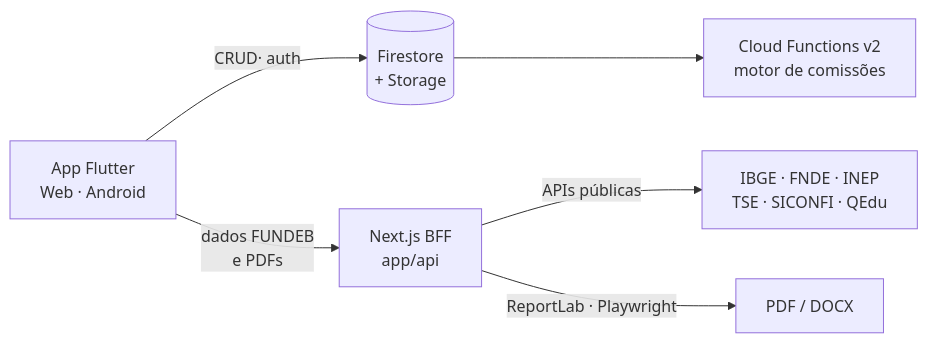
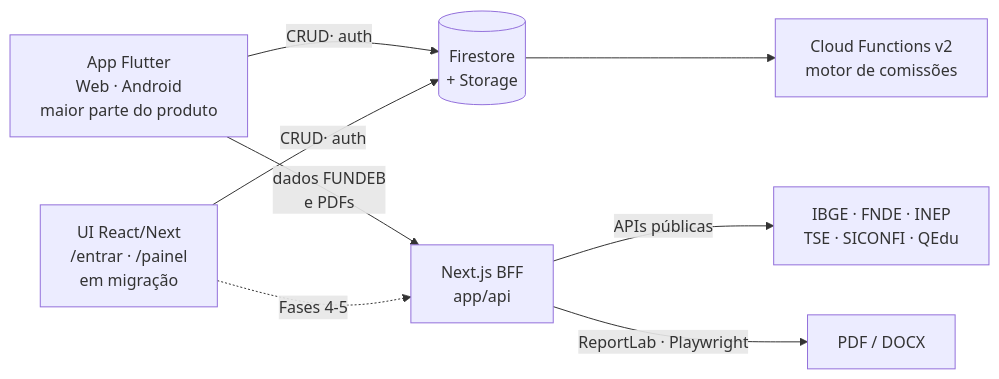
Before and after one commit to nomadautomacao-dot/sync: the diagram in README.md, drawn with Mermaid. The commit also changed other lines of this file, not shown here.

Commit message:
docs(readme): arquitetura passa a refletir a migracao Flutter->React/Next

````diff
--- a/README.md
+++ b/README.md
@@ -35,8 +37,10 @@
 ```mermaid
 graph LR
-  A[App Flutter<br/>Web · Android] -->|CRUD· auth| B[(Firestore<br/>+ Storage)]
+  A[App Flutter<br/>Web · Android<br/>maior parte do produto] -->|CRUD· auth| B[(Firestore<br/>+ Storage)]
+  R[UI React/Next<br/>/entrar · /painel<br/>em migração] -->|CRUD· auth| B
   A -->|dados FUNDEB<br/>e PDFs| C[Next.js BFF<br/>app/api]
+  R -.->|Fases 4-5| C
   C -->|APIs públicas| D[IBGE · FNDE · INEP<br/>TSE · SICONFI · QEdu]
   C -->|ReportLab · Playwright| E[PDF / DOCX]
   B --> F[Cloud Functions v2<br/>motor de comissões]
 ```
````
